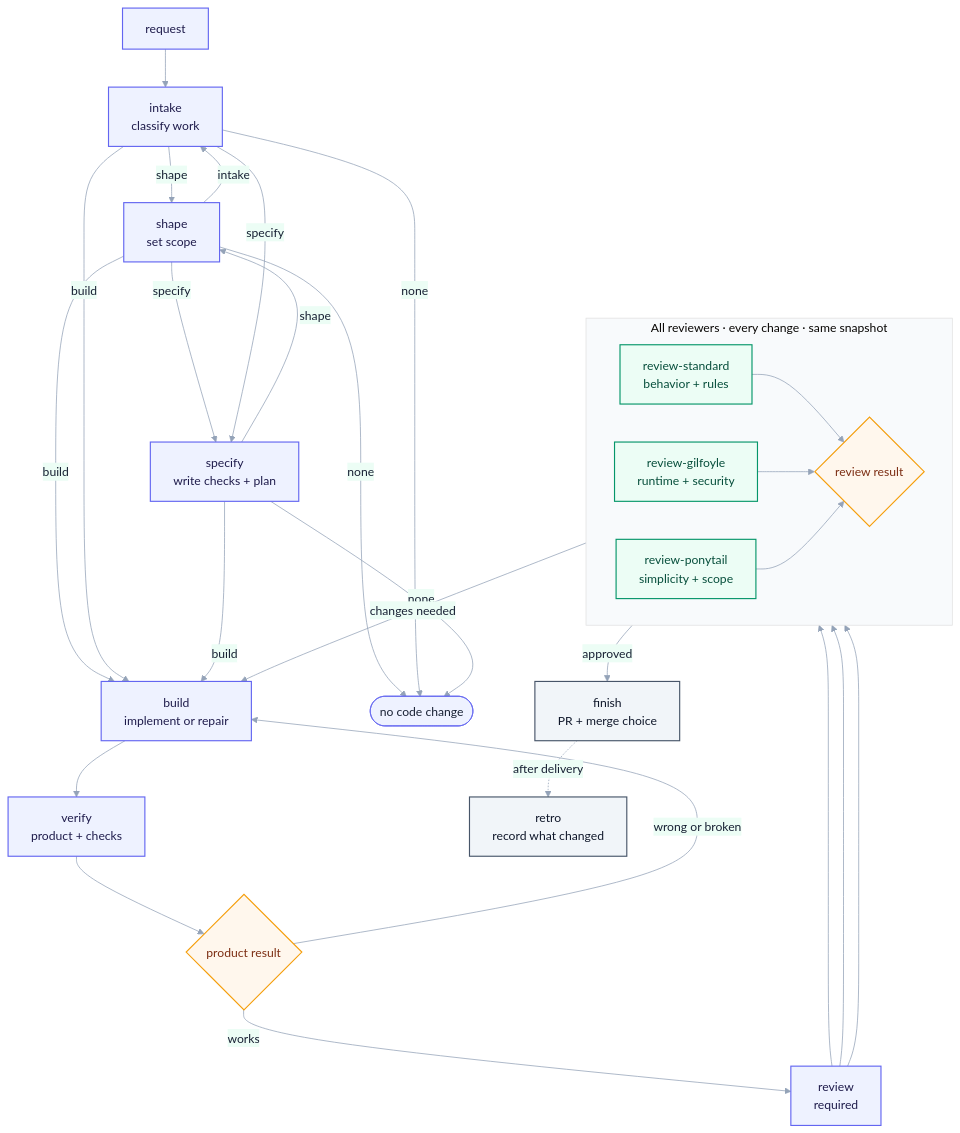
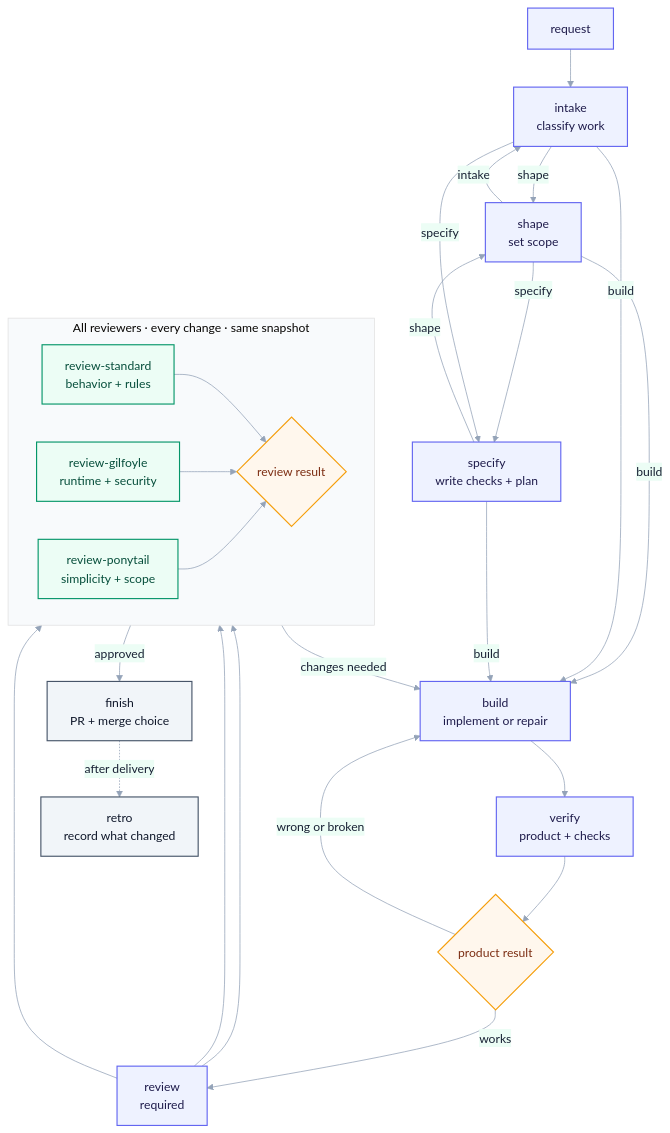
One commit to Igloczek/skills changed the second of 2 diagrams in README.md. Above: the diagram before and after it, drawn with Mermaid.

Commit message:
remove no-change branch from workflow graph

````diff
--- a/README.md
+++ b/README.md
@@ -123,53 +123,50 @@
 ```mermaid
 %%{init: {"theme":"base","themeVariables":{"fontFamily":"ui-sans-serif,system-ui,sans-serif","lineColor":"#94a3b8","primaryColor":"#eef2ff","primaryTextColor":"#172033","primaryBorderColor":"#6366f1","secondaryColor":"#ecfdf5","tertiaryColor":"#f8fafc"}}}%%
 flowchart TD
     request["request"] --> intake["intake<br/>classify work"]
 
     intake -->|shape| shape["shape<br/>set scope"]
     shape -->|intake| intake
     shape -->|specify| specify["specify<br/>write checks + plan"]
     shape -->|build| build["build<br/>implement or repair"]
-    shape -->|none| done(["no code change"])
 
     intake -->|specify| specify
     intake -->|build| build
-    intake -->|none| done
 
     specify -->|shape| shape
     specify -->|build| build
-    specify -->|none| done
 
     build --> verify["verify<br/>product + checks"]
     verify --> verify_result{"product result"}
     verify_result -->|wrong or broken| build
     verify_result -->|works| review["review<br/>required"]
 
     subgraph review_stage["All reviewers · every change · same snapshot"]
         direction LR
         standard_review["review-standard<br/>behavior + rules"]
         review_gilfoyle["review-gilfoyle<br/>runtime + security"]
         review_ponytail["review-ponytail<br/>simplicity + scope"]
         review_result{"review result"}
     end
 
     review --> standard_review
     review --> review_gilfoyle
     review --> review_ponytail
     standard_review --> review_result
     review_gilfoyle --> review_result
     review_ponytail --> review_result
 
     review_result -->|approved| finish["finish<br/>PR + merge choice"]
     review_result -->|changes needed| build
 
     finish -. after delivery .-> retro["retro<br/>record what changed"]
 
     classDef core fill:#eef2ff,stroke:#6366f1,color:#1e1b4b,stroke-width:1.5px;
     classDef review fill:#ecfdf5,stroke:#059669,color:#064e3b,stroke-width:1.5px;
     classDef decision fill:#fff7ed,stroke:#f59e0b,color:#7c2d12,stroke-width:1.5px;
     classDef terminal fill:#f1f5f9,stroke:#475569,color:#0f172a,stroke-width:1.5px;
     class request,intake,shape,specify,build,review,verify core;
     class standard_review,review_gilfoyle,review_ponytail review;
     class verify_result,review_result decision;
     class finish,retro terminal;
 ```
````
